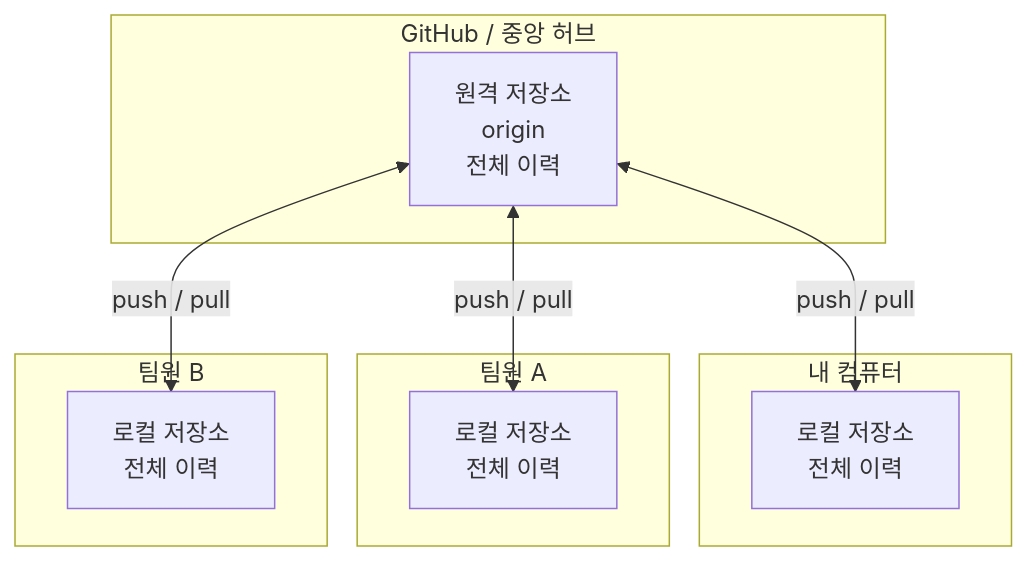
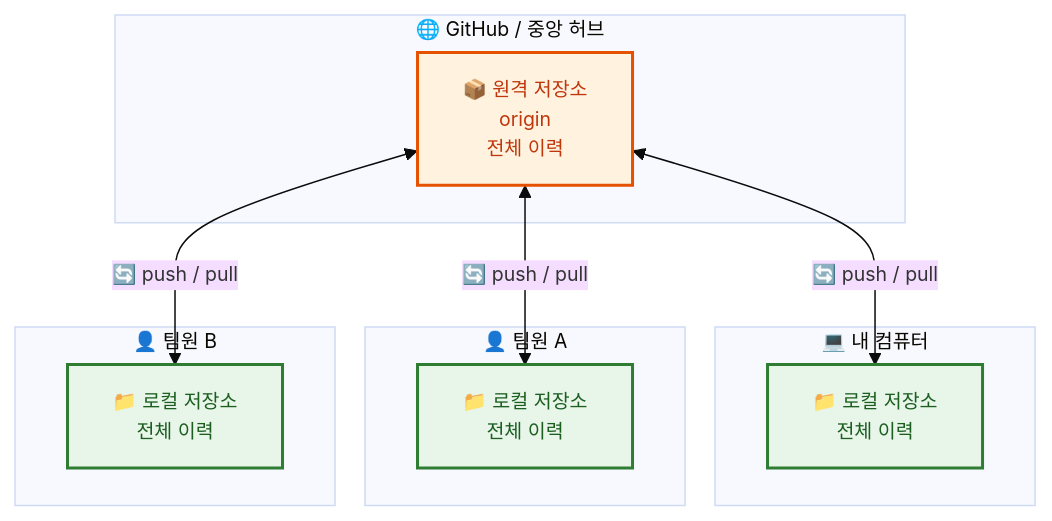
One commit to jingu279/Document changed the first of 2 diagrams in git/03_원격_저장소/01_원격_저장소_이해.md. Above: the diagram before and after it, drawn with Mermaid. The commit also changed other lines of this file and 24 other files, not shown here.

First line of the commit message:
Git 문서 전체 Mermaid 다이어그램 스타일링 통일

````diff
--- a/git/03_원격_저장소/01_원격_저장소_이해.md
+++ b/git/03_원격_저장소/01_원격_저장소_이해.md
@@ -21,22 +21,32 @@
 ```mermaid
+%%{init: {'theme': 'base', 'themeVariables': {'fontSize': '13px'}}}%%
 flowchart TB
-  subgraph Remote[GitHub / 중앙 허브]
-    R[원격 저장소<br/>origin<br/>전체 이력]
+  subgraph Remote[🌐 GitHub / 중앙 허브]
+    R[📦 원격 저장소<br/>origin<br/>전체 이력]
   end
 
-  subgraph LocalMe[내 컴퓨터]
-    LM[로컬 저장소<br/>전체 이력]
+  subgraph LocalMe[💻 내 컴퓨터]
+    LM[📁 로컬 저장소<br/>전체 이력]
   end
 
-  subgraph TeamA[팀원 A]
-    TA[로컬 저장소<br/>전체 이력]
+  subgraph TeamA[👤 팀원 A]
+    TA[📁 로컬 저장소<br/>전체 이력]
   end
 
-  subgraph TeamB[팀원 B]
-    TB[로컬 저장소<br/>전체 이력]
+  subgraph TeamB[👤 팀원 B]
+    TB[📁 로컬 저장소<br/>전체 이력]
   end
 
-  R <-->|push / pull| LM
-  R <-->|push / pull| TA
-  R <-->|push / pull| TB
+  R <-->|🔄 push / pull| LM
+  R <-->|🔄 push / pull| TA
+  R <-->|🔄 push / pull| TB
+
+  classDef main fill:#fff3e0,stroke:#e65100,stroke-width:2px,color:#bf360c
+  classDef sub fill:#e8f5e9,stroke:#2e7d32,stroke-width:2px,color:#1b5e20
+  classDef proc fill:#e3f2fd,stroke:#1565c0,stroke-width:2px,color:#0d47a1
+  classDef decision fill:#fff9c4,stroke:#f9a825,stroke-width:2px,color:#e65100
+  classDef highlight fill:#f3e5f5,stroke:#6a1b9a,stroke-width:2px,color:#4a148c
+
+  class R main
+  class LM,TA,TB sub
 ```
````
